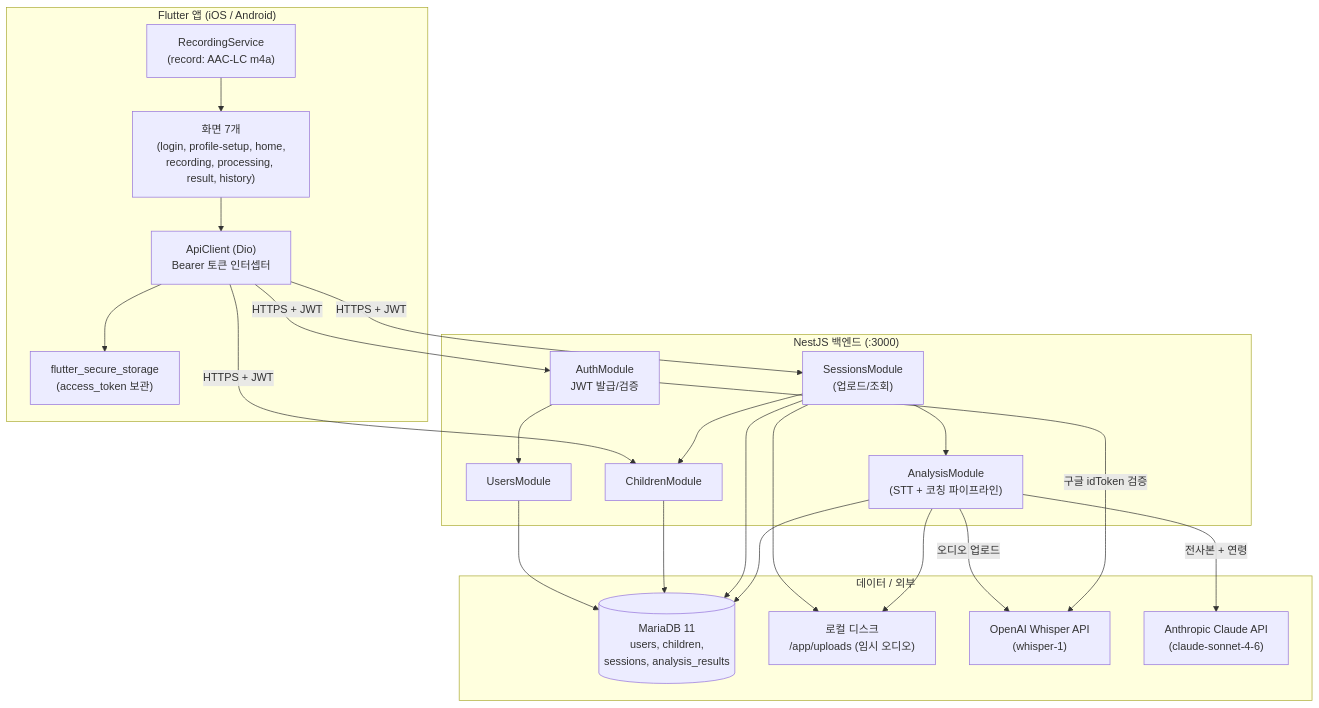
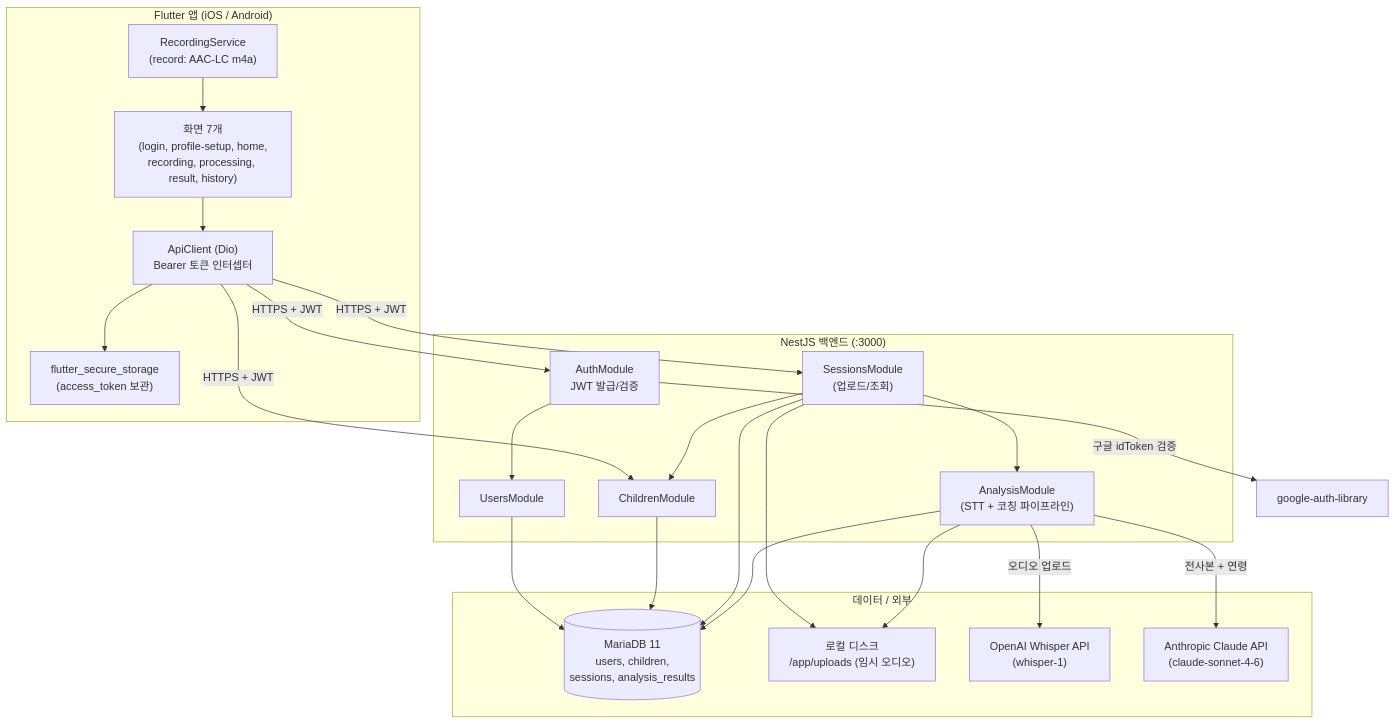
One commit to sodoojin/pretty-four changed the first of 4 diagrams in docs/HLD.md. Above: the diagram before and after it, drawn with Mermaid. The commit also changed other lines of this file and 9 other files, not shown here.

````diff
--- a/docs/HLD.md
+++ b/docs/HLD.md
@@ -35,44 +35,44 @@
 ```mermaid
 flowchart TB
     subgraph Client["Flutter 앱 (iOS / Android)"]
         UI["화면 7개<br/>(login, profile-setup, home,<br/>recording, processing, result, history)"]
         REC["RecordingService<br/>(record: AAC-LC m4a)"]
         DIO["ApiClient (Dio)<br/>Bearer 토큰 인터셉터"]
         SS["flutter_secure_storage<br/>(access_token 보관)"]
     end
 
     subgraph Server["NestJS 백엔드 (:3000)"]
         AUTH["AuthModule<br/>JWT 발급/검증"]
         USERS["UsersModule"]
         CHILD["ChildrenModule"]
         SESS["SessionsModule<br/>(업로드/조회)"]
         ANALYSIS["AnalysisModule<br/>(STT + 코칭 파이프라인)"]
     end
 
     subgraph Data["데이터 / 외부"]
         DB[("MariaDB 11<br/>users, children,<br/>sessions, analysis_results")]
         DISK["로컬 디스크<br/>/app/uploads (임시 오디오)"]
         OPENAI["OpenAI Whisper API<br/>(whisper-1)"]
         CLAUDE["Anthropic Claude API<br/>(claude-sonnet-4-6)"]
     end
 
     UI --> DIO
     REC --> UI
     DIO -- "HTTPS + JWT" --> AUTH
     DIO -- "HTTPS + JWT" --> CHILD
     DIO -- "HTTPS + JWT" --> SESS
     DIO --> SS
 
     AUTH --> USERS
     SESS --> ANALYSIS
     SESS --> CHILD
     USERS --> DB
     CHILD --> DB
     SESS --> DB
     ANALYSIS --> DB
     SESS --> DISK
     ANALYSIS --> DISK
     ANALYSIS -- "오디오 업로드" --> OPENAI
     ANALYSIS -- "전사본 + 연령" --> CLAUDE
-    AUTH -- "구글 idToken 검증" --> OPENAI
+    AUTH -- "구글 idToken 검증" --> GAUTH["google-auth-library"]
 ```
````
